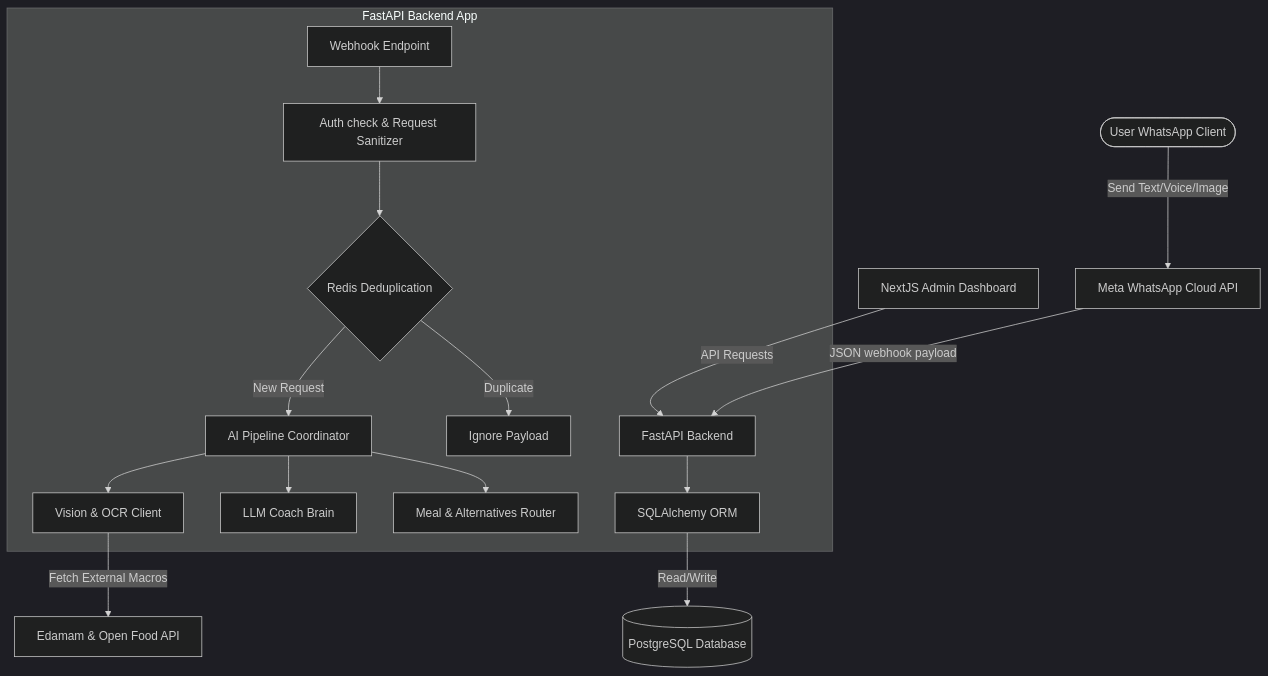
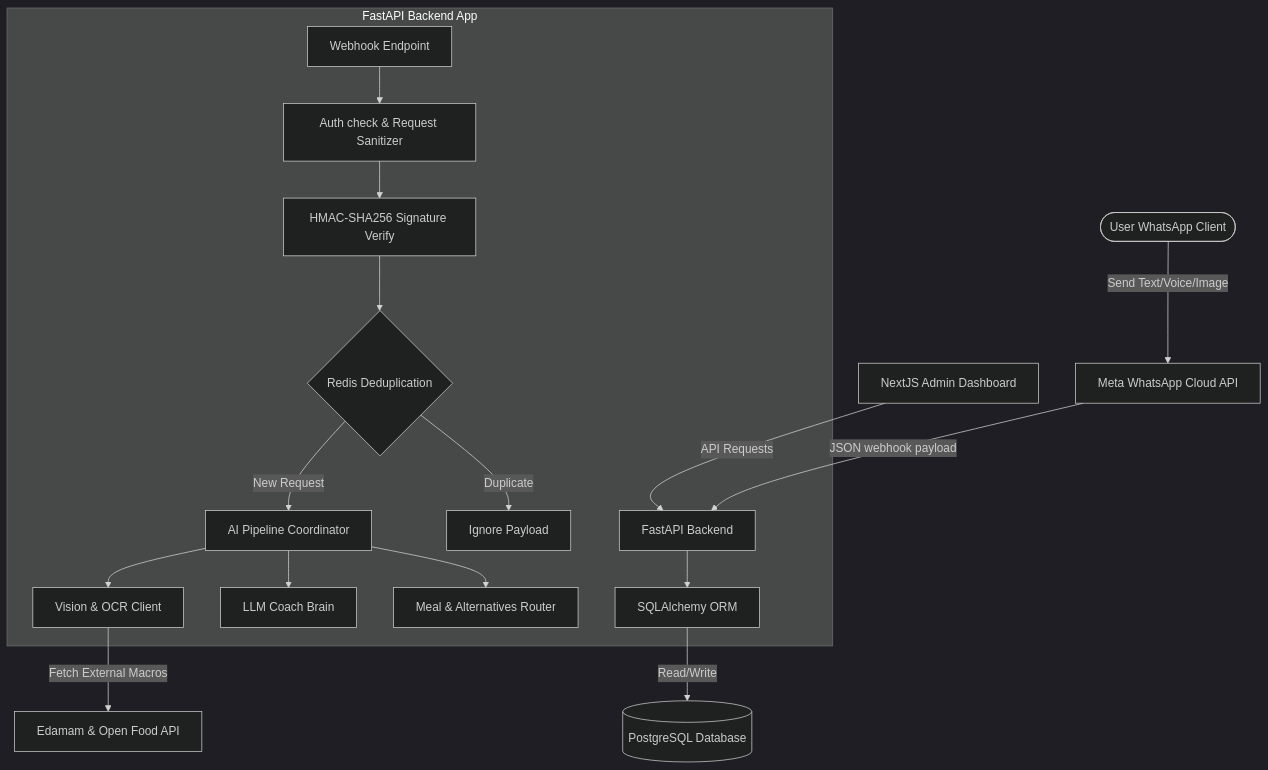
Before and after one commit to Tejas190605/NutriChat-AI: the first of 4 diagrams in ARCHITECTURE.md, drawn with Mermaid (dark theme). The commit also changed other lines of this file and 8 other files, not shown here.

````diff
--- a/ARCHITECTURE.md
+++ b/ARCHITECTURE.md
@@ -14,22 +14,23 @@
 ```mermaid
 graph TD
     User([User WhatsApp Client]) -->|Send Text/Voice/Image| MetaWhatsAppAPI[Meta WhatsApp Cloud API]
     MetaWhatsAppAPI -->|JSON webhook payload| FastAPI[FastAPI Backend]
     
     subgraph FastAPI Backend App
         API_Route[Webhook Endpoint] --> Auth[Auth check & Request Sanitizer]
-        Auth --> Caching{Redis Deduplication}
+        Auth --> SignatureVerify[HMAC-SHA256 Signature Verify]
+        SignatureVerify --> Caching{Redis Deduplication}
         Caching -->|New Request| AIPipeline[AI Pipeline Coordinator]
         Caching -->|Duplicate| Ignore[Ignore Payload]
         
         AIPipeline --> VisionEngine[Vision & OCR Client]
         AIPipeline --> LLMEngine[LLM Coach Brain]
         AIPipeline --> RecommendationEngine[Meal & Alternatives Router]
         
         FastAPI --> SQLAlchemy[SQLAlchemy ORM]
     end
 
     SQLAlchemy -->|Read/Write| PostgreSQL[(PostgreSQL Database)]
     VisionEngine -->|Fetch External Macros| Edamam[Edamam & Open Food API]
     NextJS[NextJS Admin Dashboard] -->|API Requests| FastAPI
 ```
````
